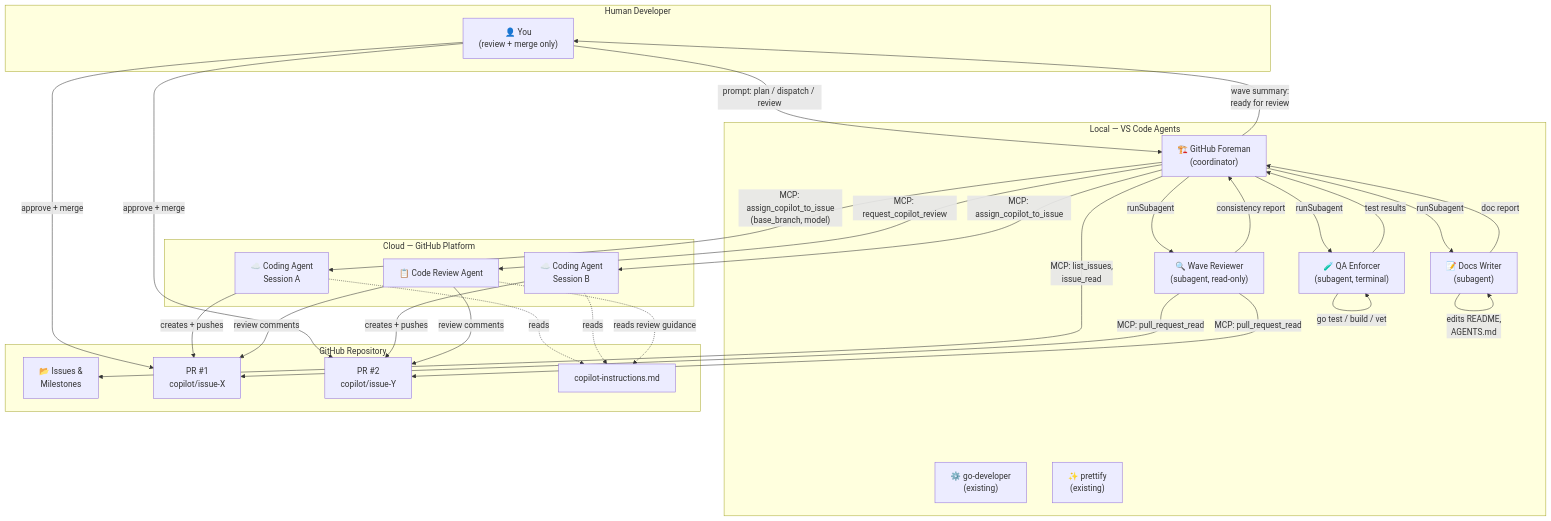
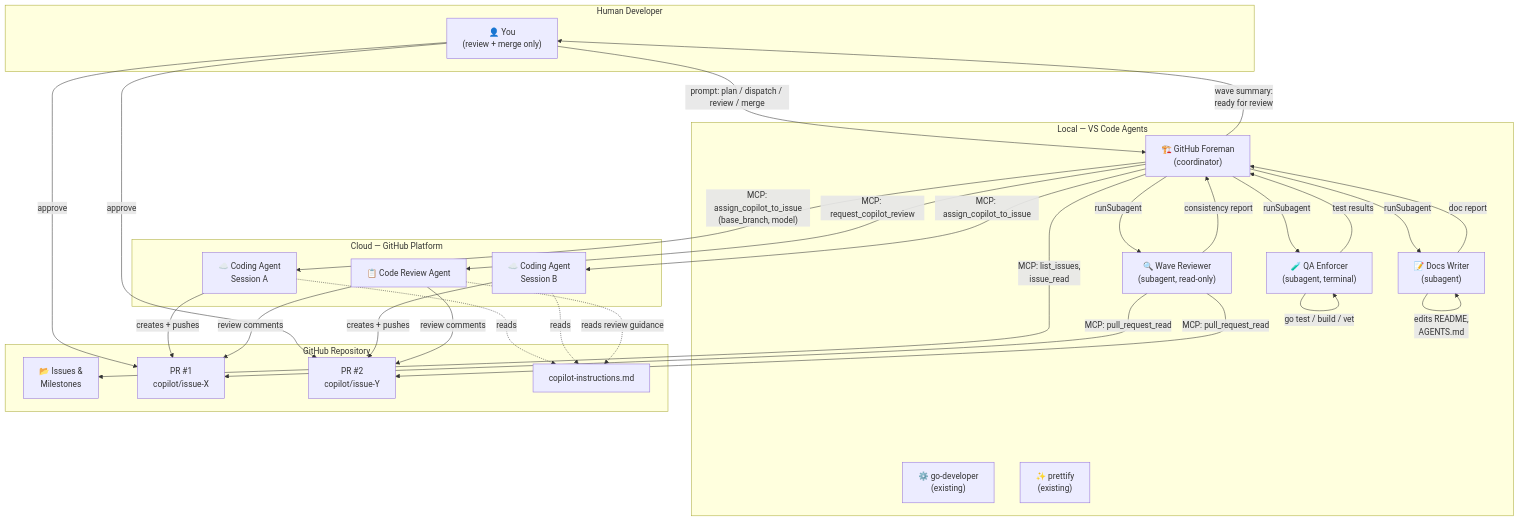
Before and after one commit to DevExpGbb/gh-devlake: the first of 2 diagrams in .github/agents/references/foreman-workflows.md, drawn with Mermaid. The commit also changed other lines of this file and 1 other file, not shown here.

First line of the commit message:
Foreman: add gh CLI merge, refactor tools + terminal rules

````diff
--- a/.github/agents/references/foreman-workflows.md
+++ b/.github/agents/references/foreman-workflows.md
@@ -9,75 +9,75 @@
 ```mermaid
 graph TB
     subgraph "Human Developer"
         H["👤 You<br/>(review + merge only)"]
     end
 
     subgraph "Local — VS Code Agents"
         F["🏗️ GitHub Foreman<br/>(coordinator)"]
         WR["🔍 Wave Reviewer<br/>(subagent, read-only)"]
         DW["📝 Docs Writer<br/>(subagent)"]
         QA["🧪 QA Enforcer<br/>(subagent, terminal)"]
         GD["⚙️ go-developer<br/>(existing)"]
         PR_AGENT["✨ prettify<br/>(existing)"]
     end
 
     subgraph "Cloud — GitHub Platform"
         CA1["☁️ Coding Agent<br/>Session A"]
         CA2["☁️ Coding Agent<br/>Session B"]
         CRA["📋 Code Review Agent"]
     end
 
     subgraph "GitHub Repository"
         IS["📂 Issues &<br/>Milestones"]
         PR1["PR #1<br/>copilot/issue-X"]
         PR2["PR #2<br/>copilot/issue-Y"]
         CI["copilot-instructions.md"]
     end
 
     %% Human interacts only with Foreman and PRs
-    H -->|"prompt: plan / dispatch / review"| F
-    H -->|"approve + merge"| PR1
-    H -->|"approve + merge"| PR2
+    H -->|"prompt: plan / dispatch / review / merge"| F
+    H -->|"approve"| PR1
+    H -->|"approve"| PR2
 
     %% Foreman reads issues
     F -->|"MCP: list_issues,<br/>issue_read"| IS
 
     %% Foreman dispatches to cloud coding agents
     F -->|"MCP: assign_copilot_to_issue<br/>(base_branch, model)"| CA1
     F -->|"MCP: assign_copilot_to_issue"| CA2
 
     %% Cloud agents create PRs
     CA1 -->|"creates + pushes"| PR1
     CA2 -->|"creates + pushes"| PR2
 
     %% Cloud agents read repo instructions
     CA1 -.->|"reads"| CI
     CA2 -.->|"reads"| CI
 
     %% Foreman triggers code review
     F -->|"MCP: request_copilot_review"| CRA
     CRA -->|"review comments"| PR1
     CRA -->|"review comments"| PR2
     CRA -.->|"reads review guidance"| CI
 
     %% Foreman runs local subagents
     F -->|"runSubagent"| WR
     F -->|"runSubagent"| DW
     F -->|"runSubagent"| QA
 
     %% Wave Reviewer reads PRs
     WR -->|"MCP: pull_request_read"| PR1
     WR -->|"MCP: pull_request_read"| PR2
     WR -->|"consistency report"| F
 
     %% QA Enforcer runs tests locally
     QA -->|"go test / build / vet"| QA
     QA -->|"test results"| F
 
     %% Docs Writer updates docs
     DW -->|"edits README,<br/>AGENTS.md"| DW
     DW -->|"doc report"| F
 
     %% Foreman summarizes for human
     F -->|"wave summary:<br/>ready for review"| H
 ```
````
